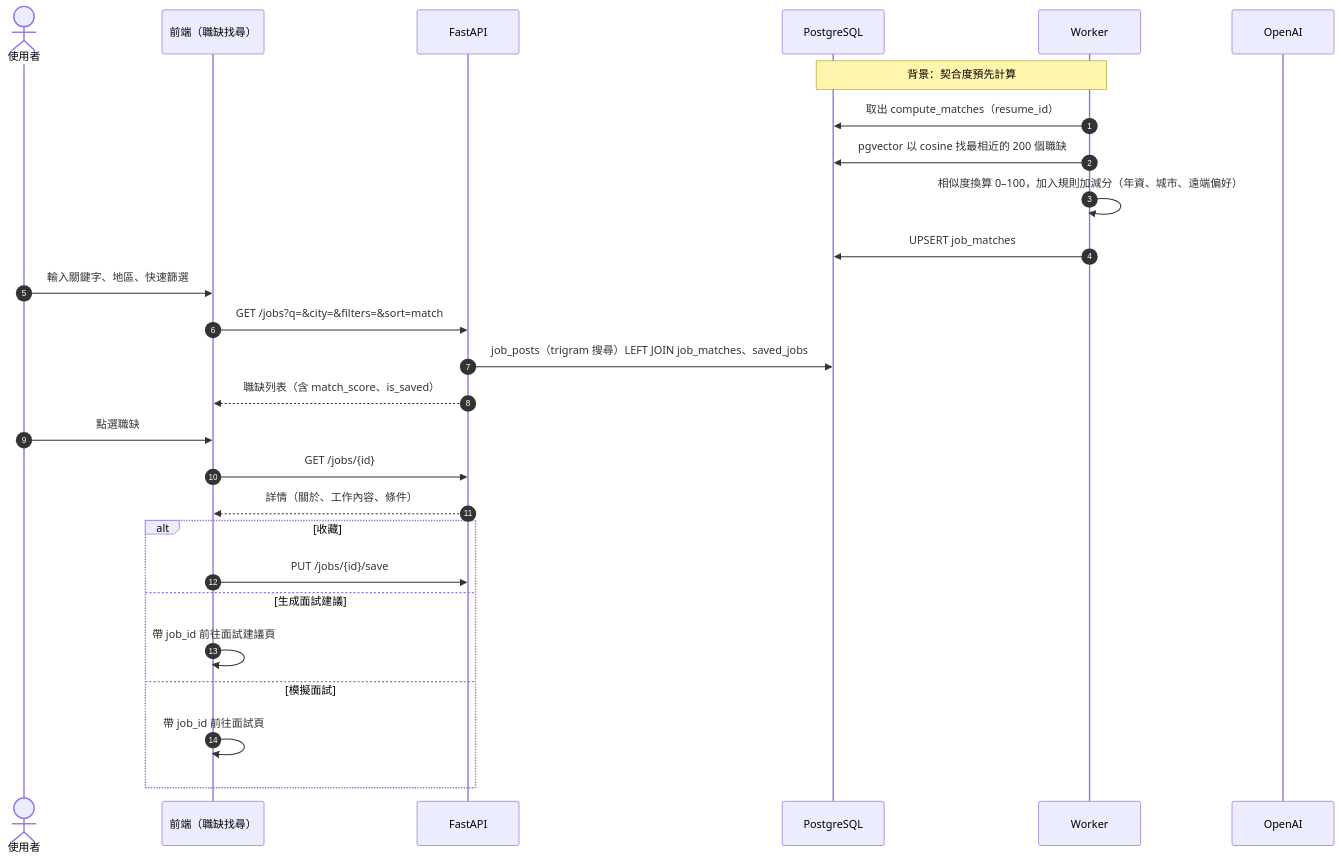
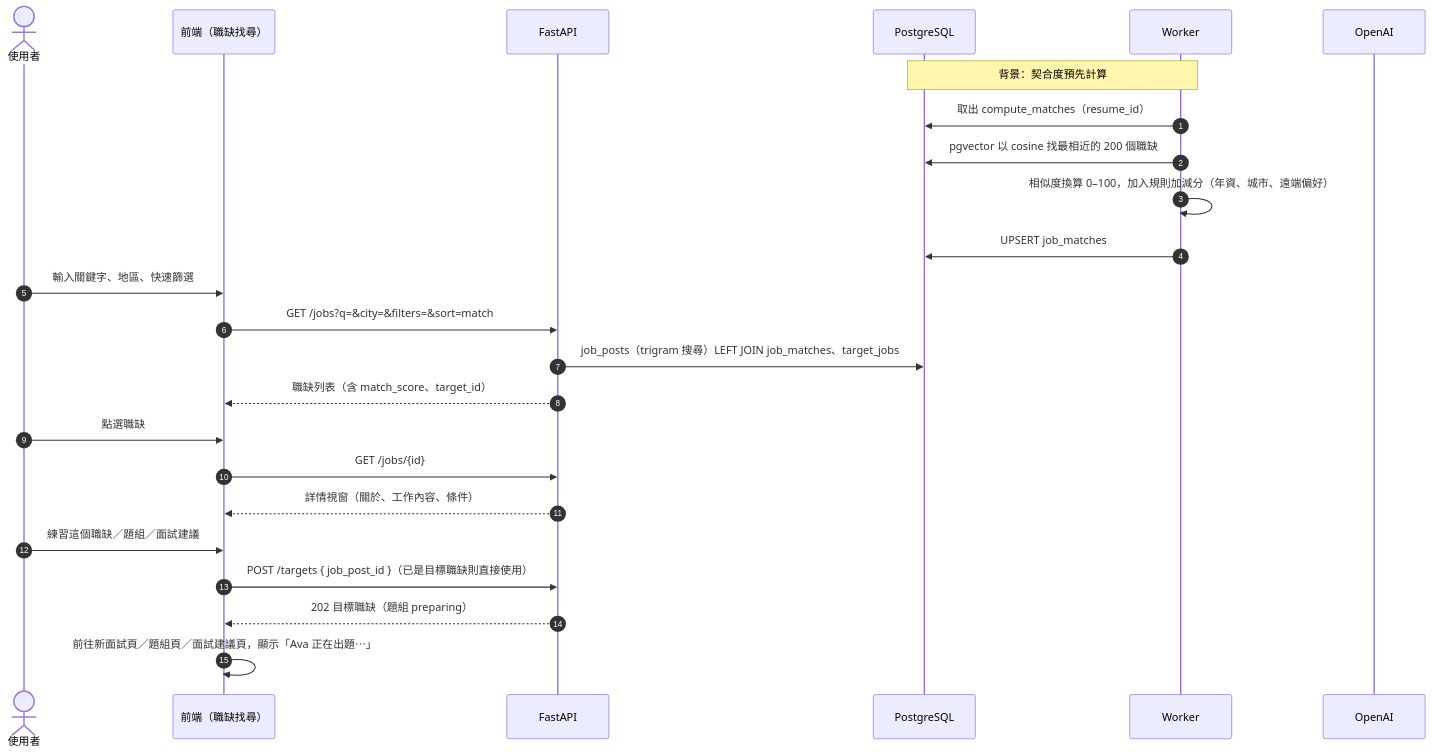
The fifth of 29 diagrams in spec/flows.md (WilliamTsai1227/AI_Interview), drawn with Mermaid before and after one commit. The commit also changed other lines of this file and 4 other files, not shown here.

````diff
--- a/spec/flows.md
+++ b/spec/flows.md
@@ -149,31 +147,28 @@
 ```mermaid
 sequenceDiagram
     autonumber
     actor U as 使用者
     participant FE as 前端（職缺找尋）
     participant API as FastAPI
     participant DB as PostgreSQL
     participant W as Worker
     participant AI as OpenAI
 
     Note over W,DB: 背景：契合度預先計算
     W->>DB: 取出 compute_matches（resume_id）
     W->>DB: pgvector 以 cosine 找最相近的 200 個職缺
     W->>W: 相似度換算 0–100，加入規則加減分（年資、城市、遠端偏好）
     W->>DB: UPSERT job_matches
 
     U->>FE: 輸入關鍵字、地區、快速篩選
     FE->>API: GET /jobs?q=&city=&filters=&sort=match
-    API->>DB: job_posts（trigram 搜尋）LEFT JOIN job_matches、saved_jobs
-    API-->>FE: 職缺列表（含 match_score、is_saved）
+    API->>DB: job_posts（trigram 搜尋）LEFT JOIN job_matches、target_jobs
+    API-->>FE: 職缺列表（含 match_score、target_id）
     U->>FE: 點選職缺
     FE->>API: GET /jobs/{id}
-    API-->>FE: 詳情（關於、工作內容、條件）
-    alt 收藏
-        FE->>API: PUT /jobs/{id}/save
-    else 生成面試建議
-        FE->>FE: 帶 job_id 前往面試建議頁
-    else 模擬面試
-        FE->>FE: 帶 job_id 前往面試頁
-    end
+    API-->>FE: 詳情視窗（關於、工作內容、條件）
+    U->>FE: 練習這個職缺／題組／面試建議
+    FE->>API: POST /targets { job_post_id }（已是目標職缺則直接使用）
+    API-->>FE: 202 目標職缺（題組 preparing）
+    FE->>FE: 前往新面試頁／題組頁／面試建議頁，顯示「Ava 正在出題⋯」
 ```
````
